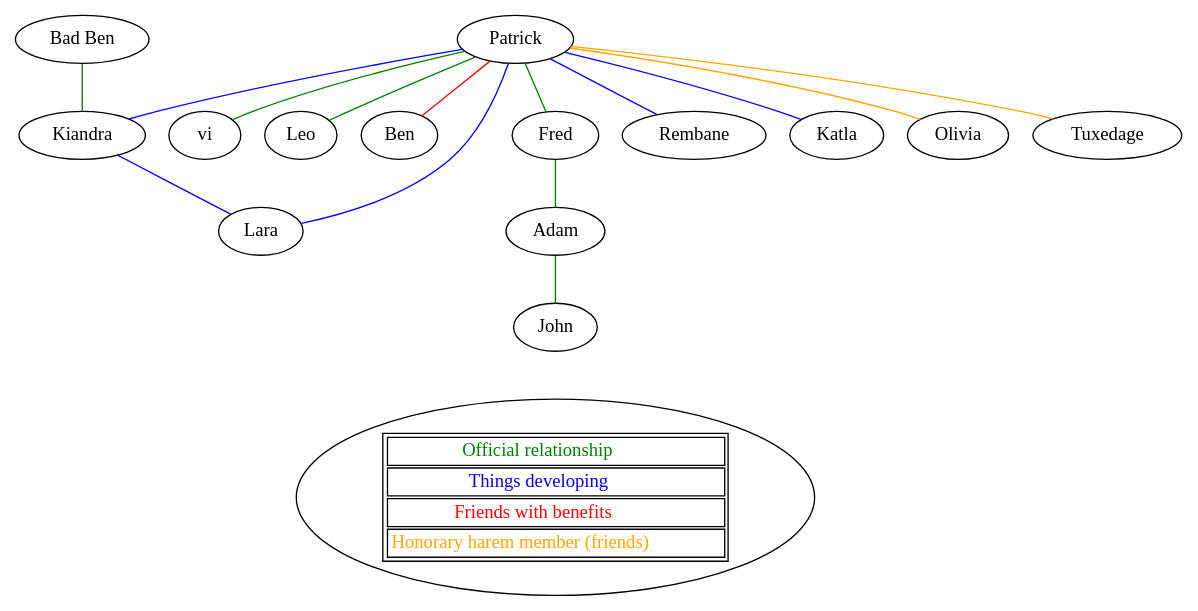
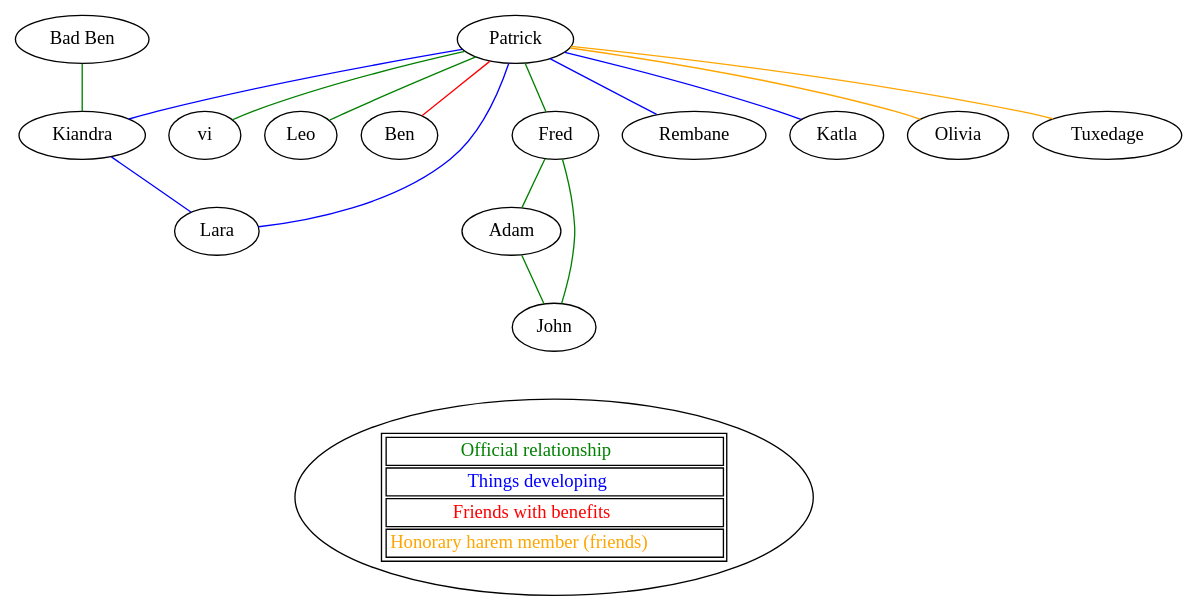
Before and after one commit to Cradam/polygraph: the diagram in harem.dot, drawn with Graphviz.

Commit message:
I broke Fred/John, fixed it

```diff
--- a/harem.dot
+++ b/harem.dot
@@ -1,39 +1,40 @@
 graph harem {
   patrick [label="Patrick"]
   vi [label="vi"]
   patrick -- vi [color=green]
   leo [label="Leo"]
   patrick -- leo [color=green]
   ben [label="Ben"]
   patrick -- ben [color=red]
   kiandra [label="Kiandra"]
   patrick -- kiandra [color=blue]
   lara [label="Lara"]
   patrick -- lara [color=blue]
   kiandra -- lara [color=blue]
   badben [label="Bad Ben"]
   badben -- kiandra [color=green]
   fred [label="Fred"]
   patrick -- fred [color=green]
   adam [label="Adam"]
   john [label="John"]
+  fred -- john [color=green]
   fred -- adam -- john [color=green]
   rembane [label="Rembane"]
   patrick -- rembane [color=blue]
   katla [label="Katla"]
   patrick -- katla [color=blue]
   olivia [label="Olivia"]
   patrick -- olivia [color=orange]
   tuxedage [label="Tuxedage"]
   patrick -- tuxedage [color=orange]
   { rank = sink;
     Legend [label=<
       <table>
         <tr><td><font color="green">Official relationship</font></td></tr>
         <tr><td><font color="blue">Things developing</font></td></tr>
         <tr><td><font color="red">Friends with benefits</font></td></tr>
         <tr><td><font color="orange">Honorary harem member (friends)</font></td></tr>
       </table>
     >];
   }
 }
```
